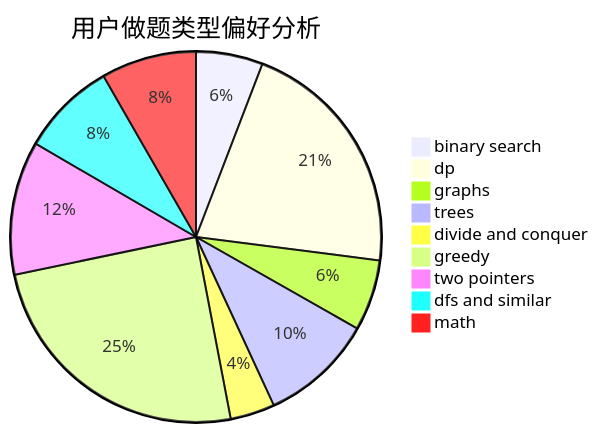
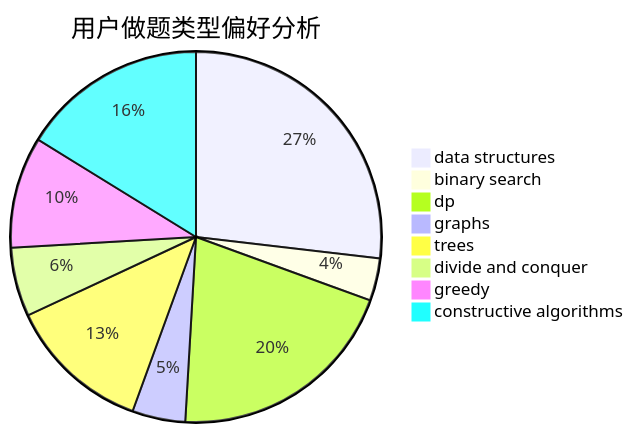
The second of 3 diagrams in docs/user/u1864.md (sherpahu/cfrs.github.io), drawn with Mermaid before and after one commit. The commit also changed other lines of this file and 2775 other files, not shown here.

````diff
--- a/docs/user/u1864.md
+++ b/docs/user/u1864.md
@@ -23,12 +23,11 @@
 ```mermaid
 pie title 用户做题类型偏好分析
-    "binary search" :  33
-    "dp" :  120
-    "graphs" :  35
-    "trees" :  56
-    "divide and conquer" :  22
-    "greedy" :  140
-    "two pointers" :  66
-    "dfs and similar" :  47
-    "math" :  47
+    "data structures" :  58
+    "binary search" :  8
+    "dp" :  44
+    "graphs" :  10
+    "trees" :  27
+    "divide and conquer" :  13
+    "greedy" :  21
+    "constructive algorithms" :  35
 ```
````
